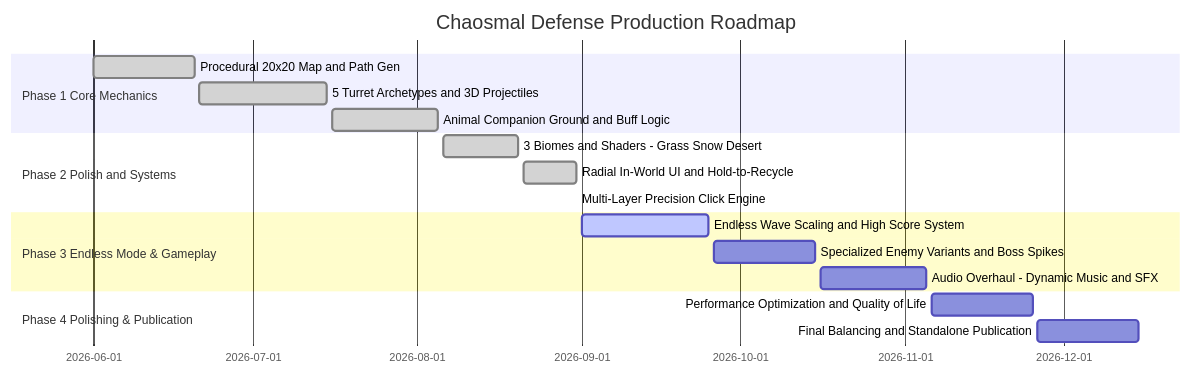
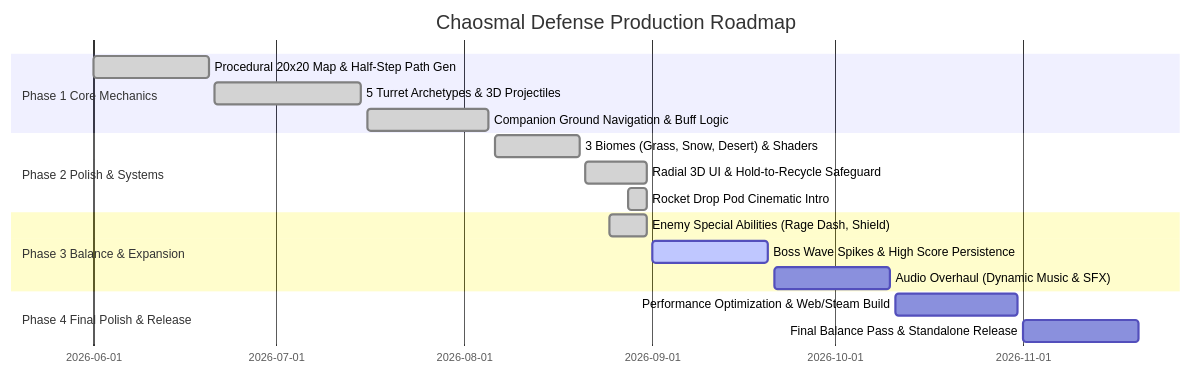
Before and after one commit to arlandoapraharjo/chaosmal-defense-td: the sixth of 6 diagrams in docs/executive_summary.md, drawn with Mermaid. The commit also changed other lines of this file and 3 other files, not shown here.

````diff
--- a/docs/executive_summary.md
+++ b/docs/executive_summary.md
@@ -278,20 +422,20 @@
 ```mermaid
 gantt
     title Chaosmal Defense Production Roadmap
     dateFormat  YYYY-MM-DD
     section Phase 1 Core Mechanics
-    Procedural 20x20 Map and Path Gen       :done, p1_1, 2026-06-01, 2026-06-20
-    5 Turret Archetypes and 3D Projectiles  :done, p1_2, 2026-06-21, 2026-07-15
-    Animal Companion Ground and Buff Logic  :done, p1_3, 2026-07-16, 2026-08-05
-    section Phase 2 Polish and Systems
-    3 Biomes and Shaders - Grass Snow Desert :done, p2_1, 2026-08-06, 2026-08-20
-    Radial In-World UI and Hold-to-Recycle  :done, p2_2, 2026-08-21, 2026-08-31
-    Multi-Layer Precision Click Engine       :done, p2_3, 2026-08-31, 2026-08-31
-    section Phase 3 Endless Mode & Gameplay
-    Endless Wave Scaling and High Score System :active, p3_1, 2026-09-01, 2026-09-25
-    Specialized Enemy Variants and Boss Spikes :p3_2, 2026-09-26, 2026-10-15
-    Audio Overhaul - Dynamic Music and SFX   :p3_3, 2026-10-16, 2026-11-05
-    section Phase 4 Polishing & Publication
-    Performance Optimization and Quality of Life :p4_1, 2026-11-06, 2026-11-25
-    Final Balancing and Standalone Publication   :p4_2, 2026-11-26, 2026-12-15
+    Procedural 20x20 Map & Half-Step Path Gen :done, p1_1, 2026-06-01, 2026-06-20
+    5 Turret Archetypes & 3D Projectiles      :done, p1_2, 2026-06-21, 2026-07-15
+    Companion Ground Navigation & Buff Logic  :done, p1_3, 2026-07-16, 2026-08-05
+    section Phase 2 Polish & Systems
+    3 Biomes (Grass, Snow, Desert) & Shaders  :done, p2_1, 2026-08-06, 2026-08-20
+    Radial 3D UI & Hold-to-Recycle Safeguard   :done, p2_2, 2026-08-21, 2026-08-31
+    Rocket Drop Pod Cinematic Intro           :done, p2_3, 2026-08-28, 2026-08-31
+    section Phase 3 Balance & Expansion
+    Enemy Special Abilities (Rage Dash, Shield):done, p3_1, 2026-08-25, 2026-08-31
+    Boss Wave Spikes & High Score Persistence :active, p3_2, 2026-09-01, 2026-09-20
+    Audio Overhaul (Dynamic Music & SFX)      :p3_3, 2026-09-21, 2026-10-10
+    section Phase 4 Final Polish & Release
+    Performance Optimization & Web/Steam Build:p4_1, 2026-10-11, 2026-10-31
+    Final Balance Pass & Standalone Release   :p4_2, 2026-11-01, 2026-11-20
 ```
````
